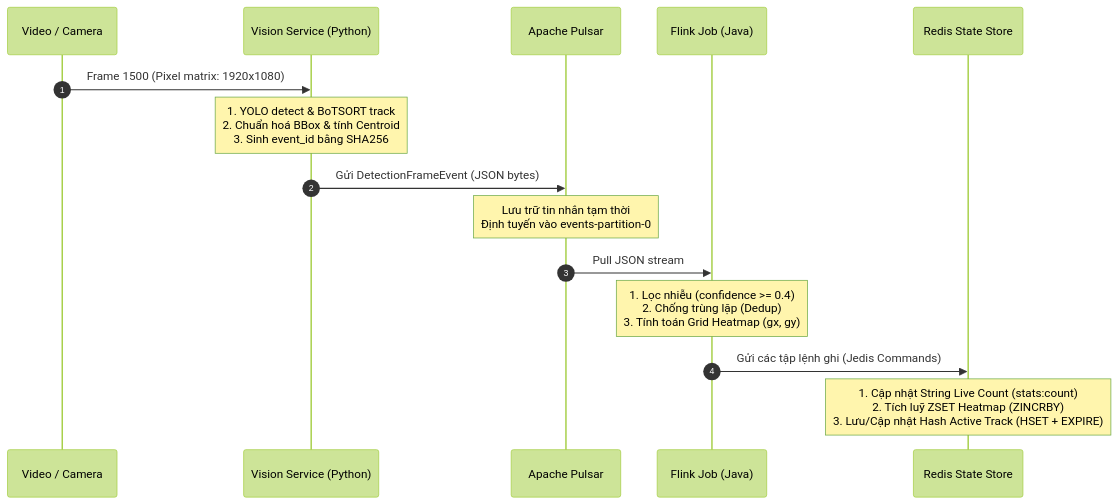
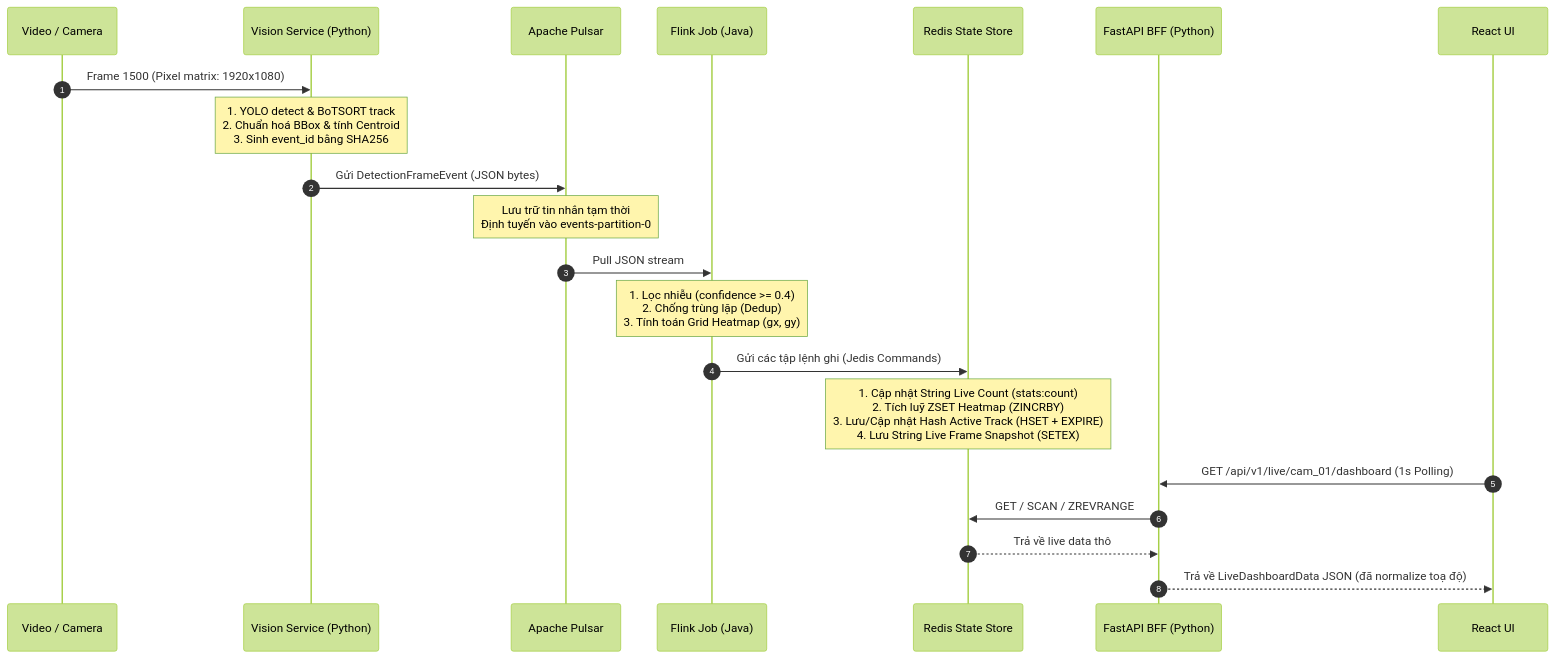
One commit to hungfnguyen/retail-video-analytics changed the diagram in docs/mermaid/04_redis/01_event_transformation_example.md. Above: the diagram before and after it, drawn with Mermaid (forest theme). The commit also changed other lines of this file and 1 other file, not shown here.

````diff
--- a/docs/mermaid/04_redis/01_event_transformation_example.md
+++ b/docs/mermaid/04_redis/01_event_transformation_example.md
@@ -19,18 +19,24 @@
 ```mermaid
 sequenceDiagram
     autonumber
     participant Cam as Video / Camera
     participant Vision as Vision Service (Python)
     participant Pulsar as Apache Pulsar
     participant Flink as Flink Job (Java)
     participant Redis as Redis State Store
+    participant API as FastAPI BFF (Python)
+    participant UI as React UI
 
     Cam->>Vision: Frame 1500 (Pixel matrix: 1920x1080)
     Note over Vision: 1. YOLO detect & BoTSORT track<br/>2. Chuẩn hoá BBox & tính Centroid<br/>3. Sinh event_id bằng SHA256
     Vision->>Pulsar: Gửi DetectionFrameEvent (JSON bytes)
     Note over Pulsar: Lưu trữ tin nhắn tạm thời<br/>Định tuyến vào events-partition-0
     Pulsar->>Flink: Pull JSON stream
     Note over Flink: 1. Lọc nhiễu (confidence >= 0.4)<br/>2. Chống trùng lặp (Dedup)<br/>3. Tính toán Grid Heatmap (gx, gy)
     Flink->>Redis: Gửi các tập lệnh ghi (Jedis Commands)
-    Note over Redis: 1. Cập nhật String Live Count (stats:count)<br/>2. Tích luỹ ZSET Heatmap (ZINCRBY)<br/>3. Lưu/Cập nhật Hash Active Track (HSET + EXPIRE)
+    Note over Redis: 1. Cập nhật String Live Count (stats:count)<br/>2. Tích luỹ ZSET Heatmap (ZINCRBY)<br/>3. Lưu/Cập nhật Hash Active Track (HSET + EXPIRE)<br/>4. Lưu String Live Frame Snapshot (SETEX)
+    UI->>API: GET /api/v1/live/cam_01/dashboard (1s Polling)
+    API->>Redis: GET / SCAN / ZREVRANGE
+    Redis-->>API: Trả về live data thô
+    API-->>UI: Trả về LiveDashboardData JSON (đã normalize toạ độ)
 ```
````
